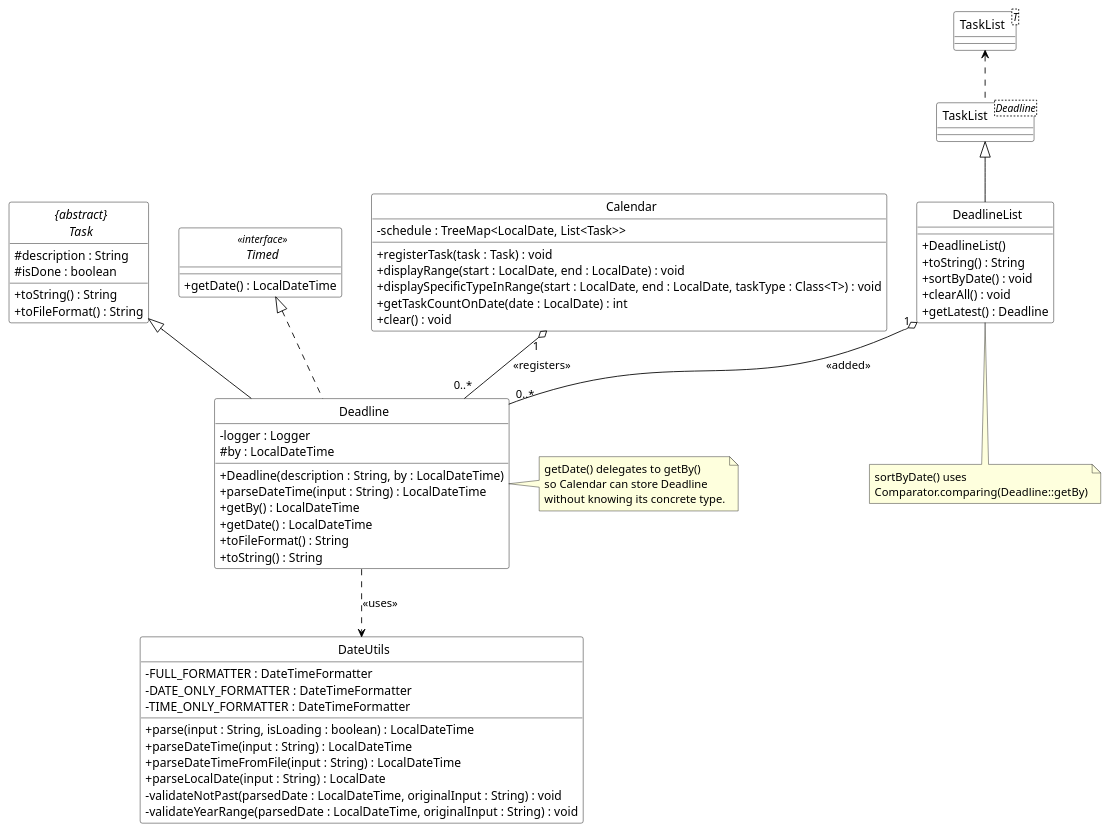
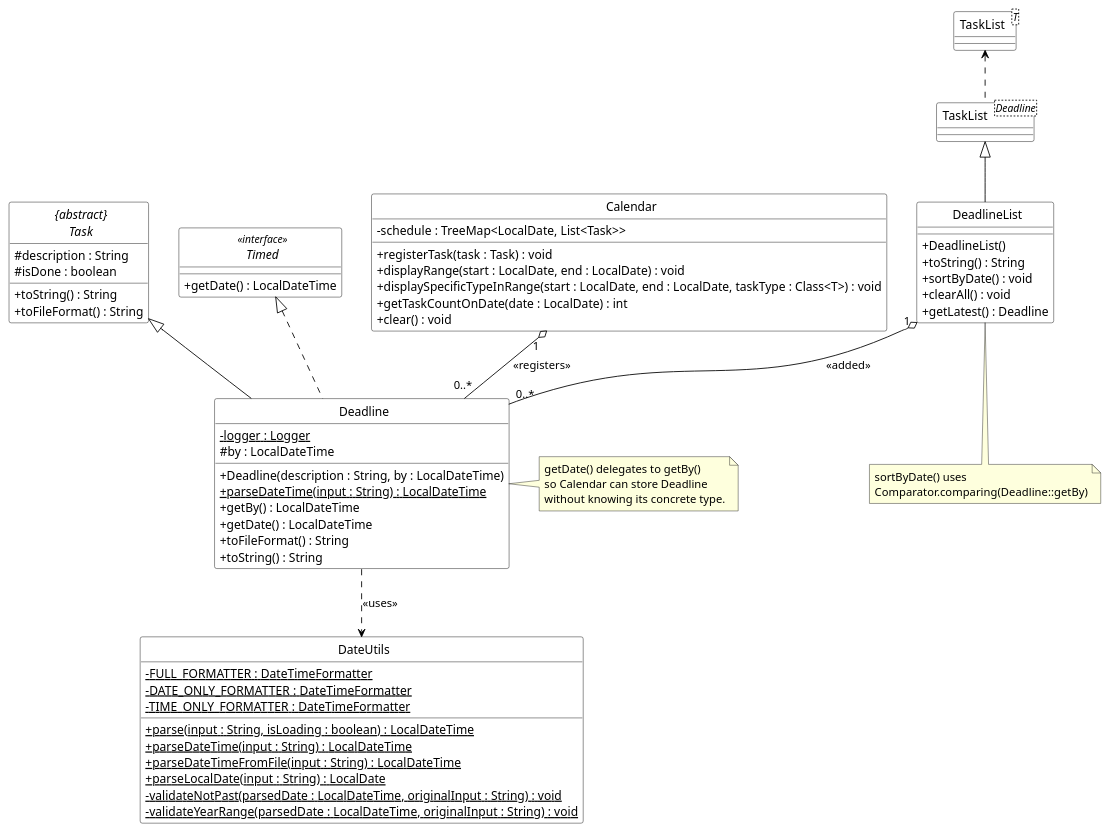
Before and after one commit to WenJunYu5984/tp: the diagram in docs/puml/DeadlineClassDiagram.puml, drawn with PlantUML. The commit also changed 1 other file, not shown here.

Commit message:
Updated uml for deadlineclass

```diff
--- a/docs/puml/DeadlineClassDiagram.puml
+++ b/docs/puml/DeadlineClassDiagram.puml
@@ -1,88 +1,88 @@
 @startuml DeadlineClassDiagram
 skinparam classAttributeIconSize 0
 skinparam CircledCharacterFontSize 0
 skinparam CircledCharacterRadius 0
 skinparam class {
     BackgroundColor White
     BorderColor Black
     ArrowColor Black
 }
 
 interface Timed <<interface>> {
     + getDate() : LocalDateTime
 }
 
 abstract class "{abstract}\nTask" as Task{
     # description : String
     # isDone : boolean
     + toString() : String
     + toFileFormat() : String
 }
 
 class Deadline {
-    - logger : Logger
+    - logger : Logger {static}
     # by : LocalDateTime
     + Deadline(description : String, by : LocalDateTime)
-    + parseDateTime(input : String) : LocalDateTime
+    + parseDateTime(input : String) : LocalDateTime {static}
     + getBy() : LocalDateTime
     + getDate() : LocalDateTime
     + toFileFormat() : String
     + toString() : String
 }
 
 class DeadlineList {
     + DeadlineList()
     + toString() : String
     + sortByDate() : void
     + clearAll() : void
     + getLatest() : Deadline
 }
 
 class "TaskList<T>" as TaskListT {
 }
 
 class "TaskList<Deadline>" as TaskListDeadline {
 }
 
 
 class DateUtils {
-    - FULL_FORMATTER : DateTimeFormatter
-    - DATE_ONLY_FORMATTER : DateTimeFormatter
-    - TIME_ONLY_FORMATTER : DateTimeFormatter
-    + parse(input : String, isLoading : boolean) : LocalDateTime
-    + parseDateTime(input : String) : LocalDateTime
-    + parseDateTimeFromFile(input : String) : LocalDateTime
-    + parseLocalDate(input : String) : LocalDate
-    - validateNotPast(parsedDate : LocalDateTime, originalInput : String) : void
-    - validateYearRange(parsedDate : LocalDateTime, originalInput : String) : void
+    - FULL_FORMATTER : DateTimeFormatter {static}
+    - DATE_ONLY_FORMATTER : DateTimeFormatter {static}
+    - TIME_ONLY_FORMATTER : DateTimeFormatter {static}
+    + parse(input : String, isLoading : boolean) : LocalDateTime {static}
+    + parseDateTime(input : String) : LocalDateTime {static}
+    + parseDateTimeFromFile(input : String) : LocalDateTime {static}
+    + parseLocalDate(input : String) : LocalDate {static}
+    - validateNotPast(parsedDate : LocalDateTime, originalInput : String) : void {static}
+    - validateYearRange(parsedDate : LocalDateTime, originalInput : String) : void {static}
 }
 
 class Calendar {
     - schedule : TreeMap<LocalDate, List<Task>>
     + registerTask(task : Task) : void
     + displayRange(start : LocalDate, end : LocalDate) : void
     + displaySpecificTypeInRange(start : LocalDate, end : LocalDate, taskType : Class<T>) : void
     + getTaskCountOnDate(date : LocalDate) : int
     + clear() : void
 }
 
 Task <|-- Deadline
 Timed <|.. Deadline
 TaskListT <.. TaskListDeadline
 TaskListDeadline <|-- DeadlineList
 DeadlineList "1" o-- "0..*" Deadline : <<added>>
 Deadline ..> DateUtils : <<uses>>
 Calendar "1" o-- "0..*" Deadline : <<registers>>
 
 note right of Deadline
   getDate() delegates to getBy()
   so Calendar can store Deadline
   without knowing its concrete type.
 end note
 
 note bottom of DeadlineList
   sortByDate() uses
   Comparator.comparing(Deadline::getBy)
 end note
 
 @enduml
```
